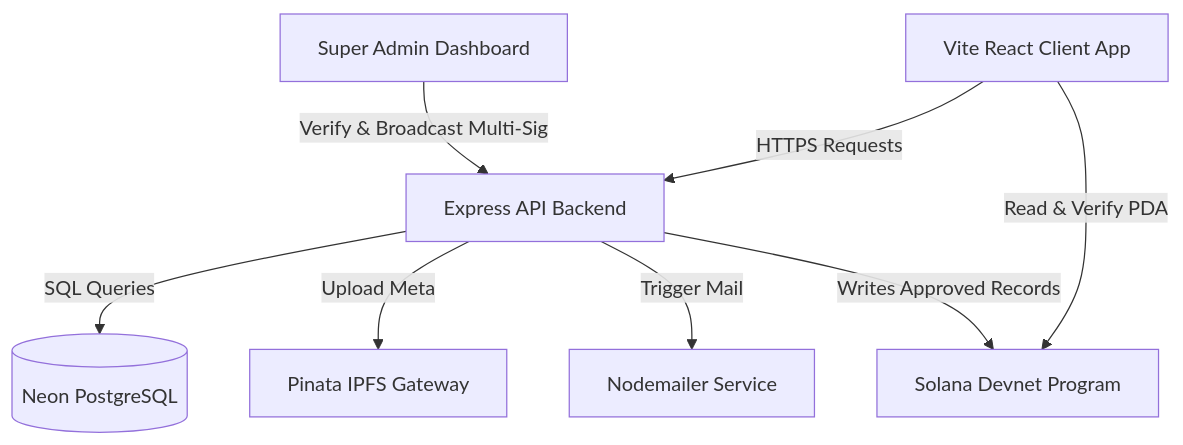
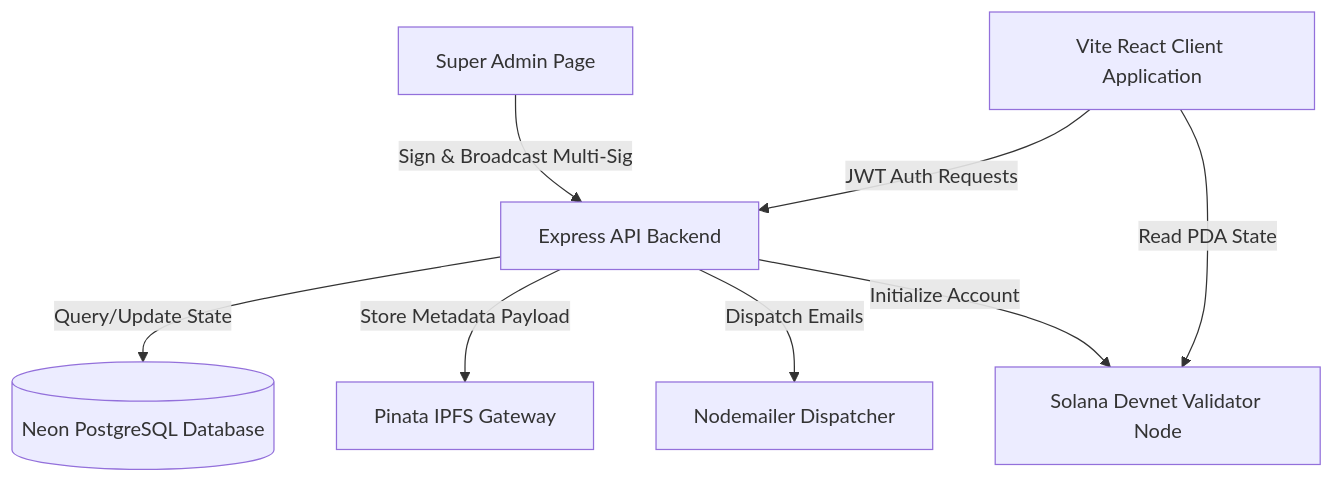
The first of 4 diagrams in PROOFCHAIN/README.md (CHIRAYU-365/METABLOCK), drawn with Mermaid before and after one commit. The commit also changed other lines of this file, not shown here.

````diff
--- a/PROOFCHAIN/README.md
+++ b/PROOFCHAIN/README.md
@@ -131,10 +113,10 @@
 ```mermaid
 graph TD
-    UserBrowser[Vite React Client App] -->|HTTPS Requests| ExpressAPI[Express API Backend]
-    UserBrowser -->|Read & Verify PDA| SolanaChain[Solana Devnet Program]
-    ExpressAPI -->|SQL Queries| PostgresDB[(Neon PostgreSQL)]
-    ExpressAPI -->|Upload Meta| Pinata[Pinata IPFS Gateway]
-    ExpressAPI -->|Trigger Mail| Nodemailer[Nodemailer Service]
-    SuperAdmin[Super Admin Dashboard] -->|Verify & Broadcast Multi-Sig| ExpressAPI
-    ExpressAPI -->|Writes Approved Records| SolanaChain
+    ClientApp[Vite React Client Application] -->|JWT Auth Requests| ExpressBackend[Express API Backend]
+    ClientApp -->|Read PDA State| SolanaLedger[Solana Devnet Validator Node]
+    ExpressBackend -->|Query/Update State| PostgresDB[(Neon PostgreSQL Database)]
+    ExpressBackend -->|Store Metadata Payload| IPFSGateway[Pinata IPFS Gateway]
+    ExpressBackend -->|Dispatch Emails| SMTPClient[Nodemailer Dispatcher]
+    SuperAdminDashboard[Super Admin Page] -->|Sign & Broadcast Multi-Sig| ExpressBackend
+    ExpressBackend -->|Initialize Account| SolanaLedger
 ```
````
